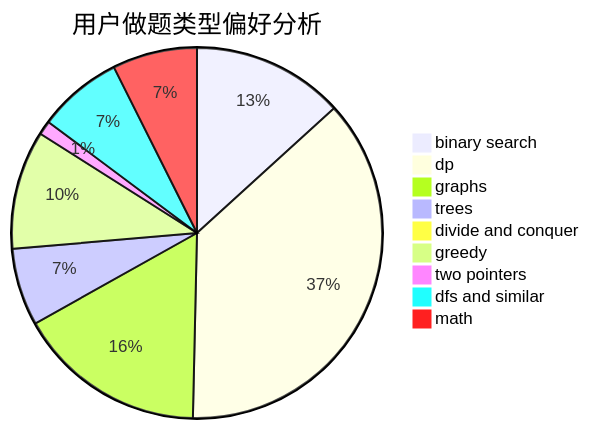
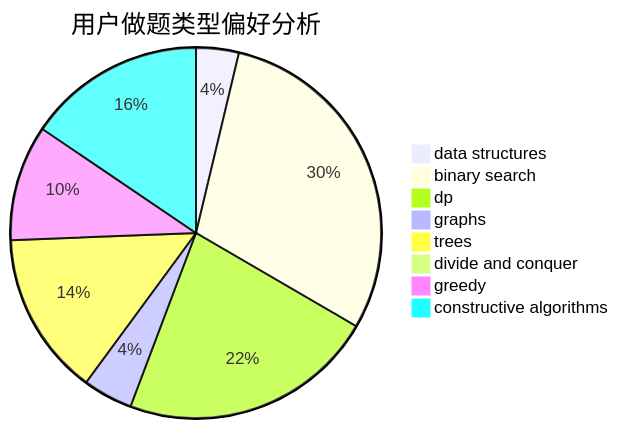
One commit to sherpahu/cfrs.github.io changed the second of 3 diagrams in docs/user/u2646.md. Above: the diagram before and after it, drawn with Mermaid. The commit also changed other lines of this file and 2775 other files, not shown here.

````diff
--- a/docs/user/u2646.md
+++ b/docs/user/u2646.md
@@ -23,12 +23,11 @@
 ```mermaid
 pie title 用户做题类型偏好分析
-    "binary search" :  206
-    "dp" :  577
-    "graphs" :  257
-    "trees" :  105
-    "divide and conquer" :  10
-    "greedy" :  161
-    "two pointers" :  19
-    "dfs and similar" :  115
-    "math" :  115
+    "data structures" :  24
+    "binary search" :  191
+    "dp" :  144
+    "graphs" :  28
+    "trees" :  92
+    "divide and conquer" :  0
+    "greedy" :  65
+    "constructive algorithms" :  100
 ```
````
